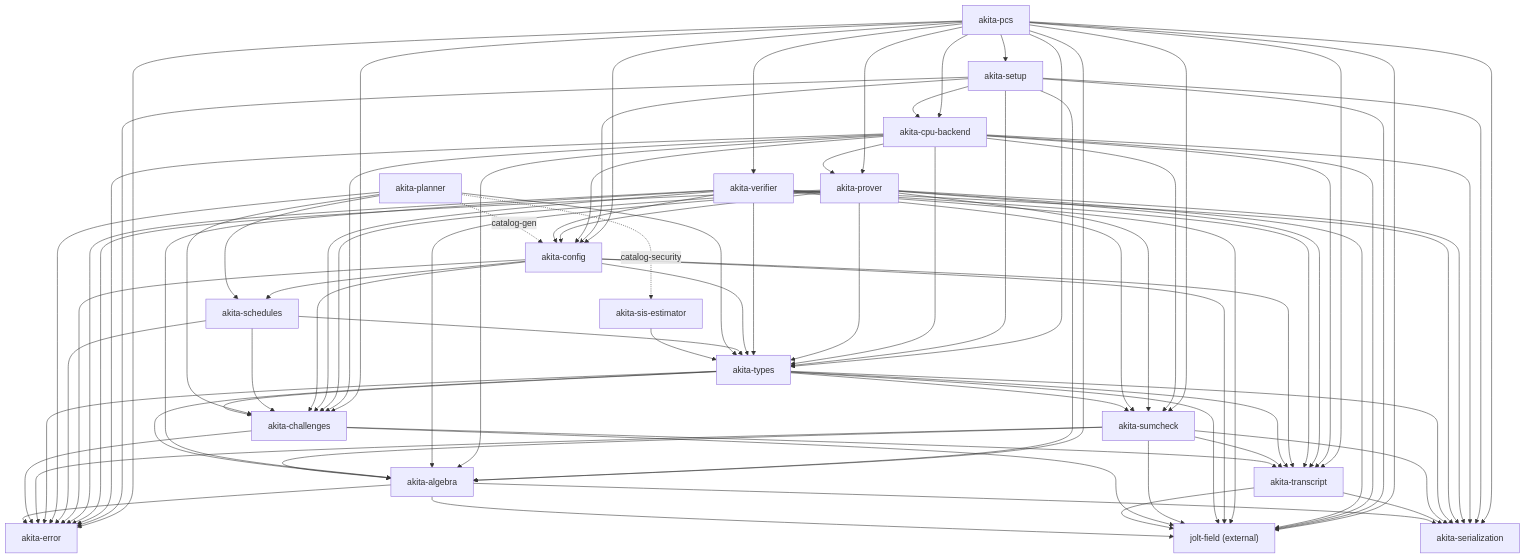
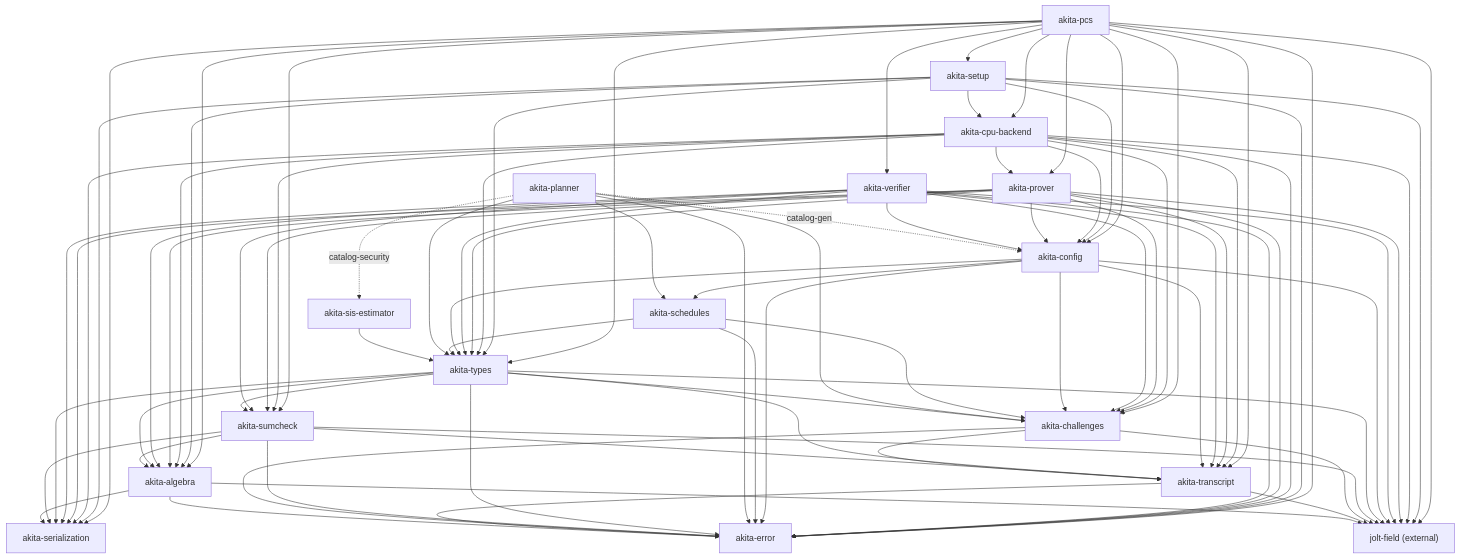
Before and after one commit to LayerZero-Labs/akita: the diagram in docs/crate-graph.md, drawn with Mermaid. The commit also changed 34 other files, not shown here.

First line of the commit message:
refactor(transcript): return AkitaError at the transcript boundary and declare each protocol site once

```diff
--- a/docs/crate-graph.md
+++ b/docs/crate-graph.md
@@ -56,8 +56,8 @@
   Algebra --> Error
   Algebra --> Field
   Algebra --> Ser
+  Transcript --> Error
   Transcript --> Field
-  Transcript --> Ser
   Challenges --> Error
   Challenges --> Field
   Challenges --> Transcript
```
